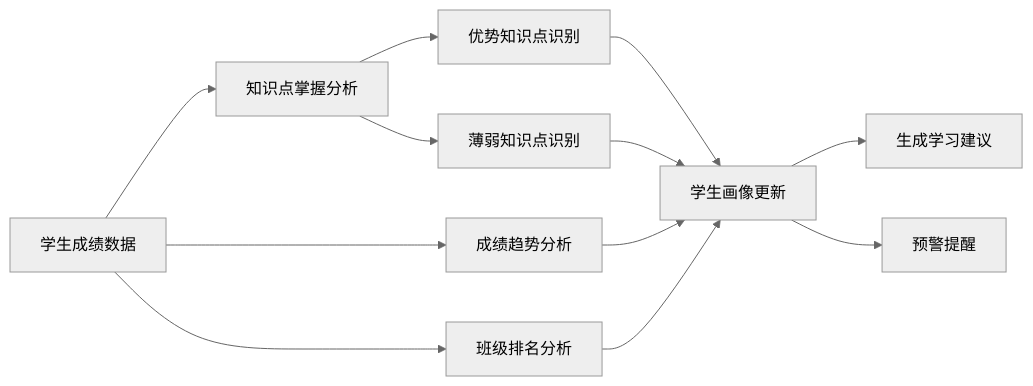
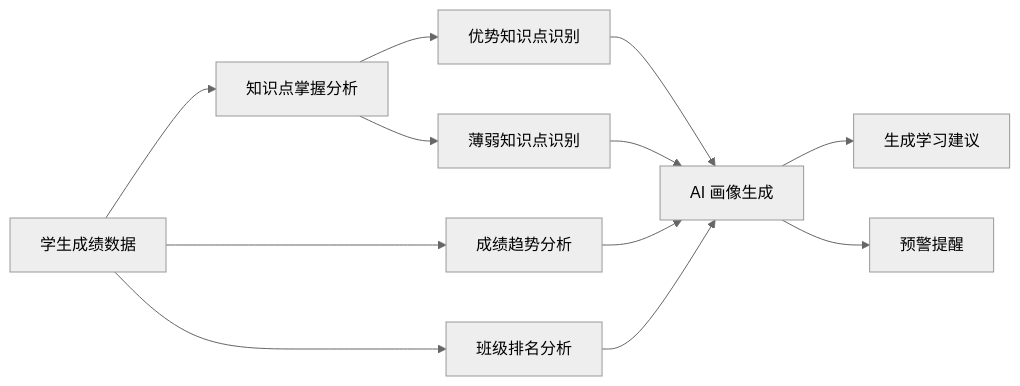
The sixth of 7 diagrams in docs/design/student-analytics-data-model.md (foggy-projects/foggy-data-mcp-bridge), drawn with Mermaid (neutral theme) before and after one commit. The commit also changed other lines of this file and 21 other files, not shown here.

````diff
--- a/docs/design/student-analytics-data-model.md
+++ b/docs/design/student-analytics-data-model.md
@@ -978,18 +549,18 @@
 ```mermaid
 graph LR
     A[学生成绩数据] --> B[知识点掌握分析]
     A --> C[成绩趋势分析]
     A --> D[班级排名分析]
-    
+
     B --> E[优势知识点识别]
     B --> F[薄弱知识点识别]
-    
-    E --> G[学生画像更新]
+
+    E --> G[AI 画像生成]
     F --> G
-    
+
     C --> G
     D --> G
-    
+
     G --> H[生成学习建议]
     G --> I[预警提醒]
 ```
````
